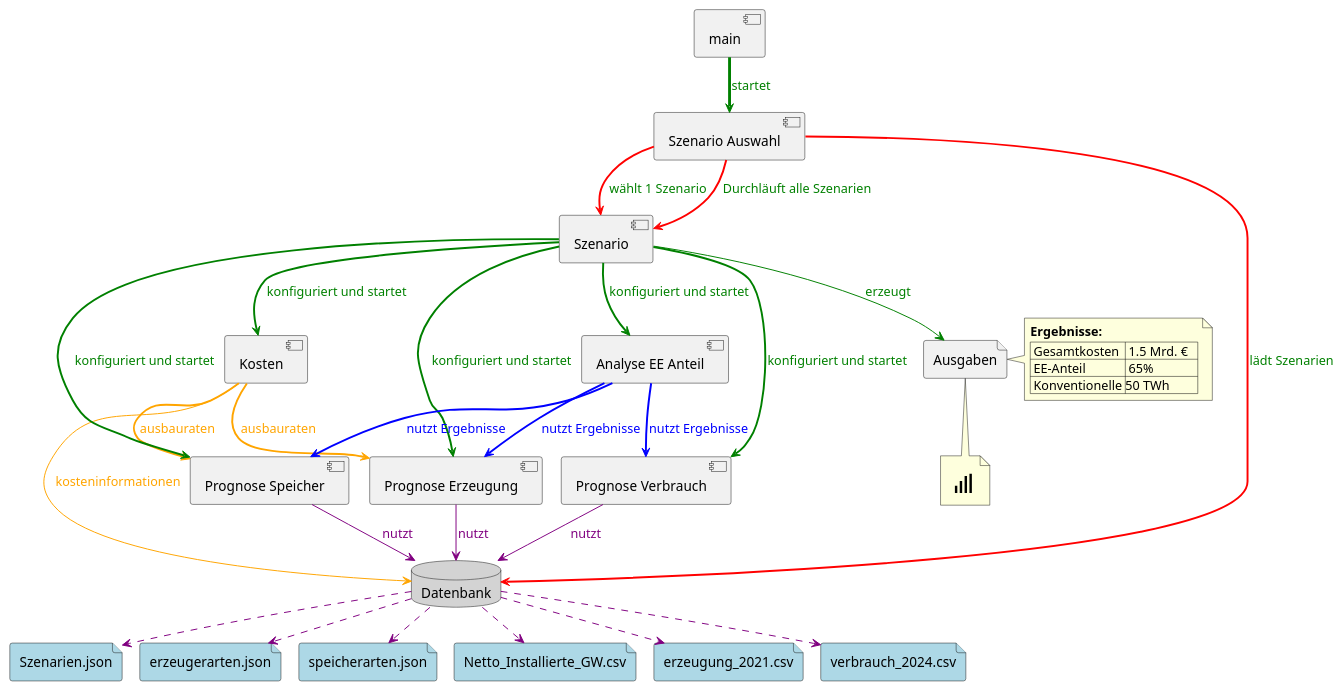
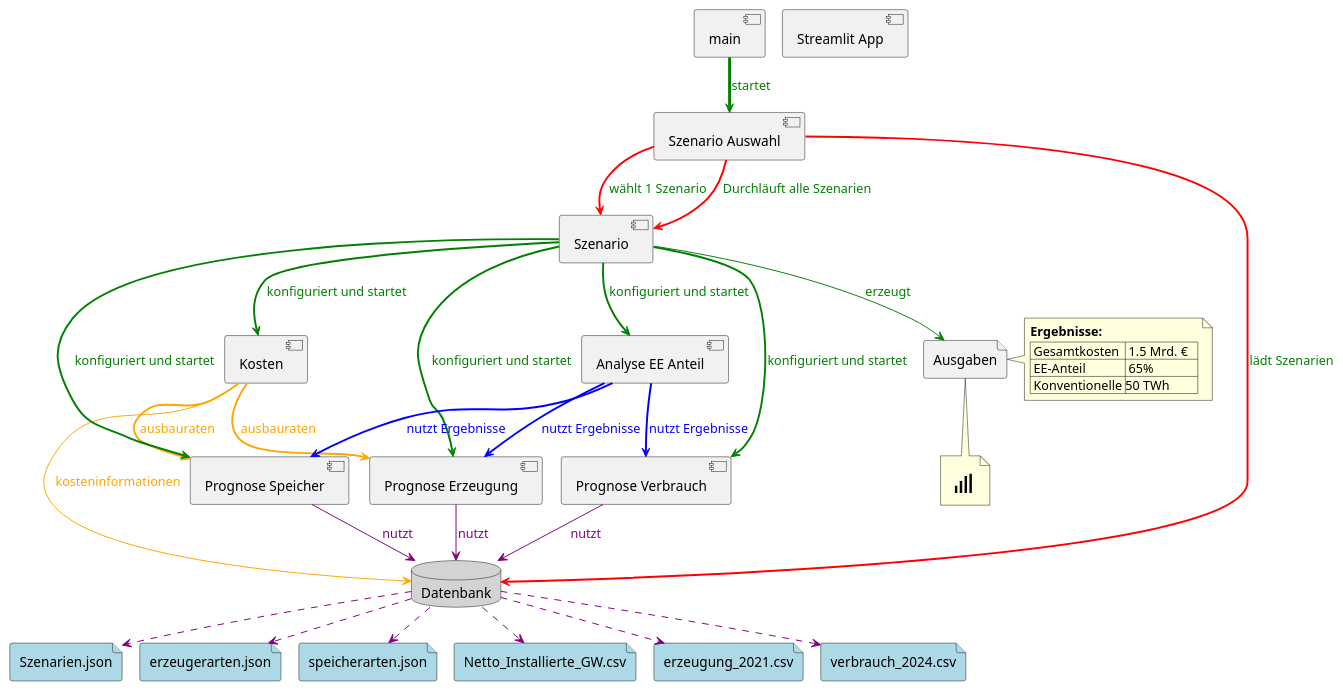
Before and after one commit to gitroi/IPJ1-Pottkieker: the diagram in Sonstiges/UML_Diagramme/chart.plantuml, drawn with PlantUML. The commit also changed 1 other file, not shown here.

Commit message:
So kosten hoffentlich fertig und Plant uml angepasst

```diff
--- a/Sonstiges/UML_Diagramme/chart.plantuml
+++ b/Sonstiges/UML_Diagramme/chart.plantuml
@@ -1,69 +1,70 @@
 @startuml Klassendiagramm_Pottkieker
 
 !pragma layout smetana
 skinparam ranksep 60
 skinparam nodesep 40
 
 database "Datenbank" as db #LightGray
 file "Szenarien.json" as szen #LightBlue
 file "erzeugerarten.json" as erzeugerarten #LightBlue
 file "speicherarten.json" as speicherarten #LightBlue
 file "Netto_Installierte_GW.csv" as installed #LightBlue
 file "erzeugung_2021.csv" as erzeugung #LightBlue
 file "verbrauch_2024.csv" as verbrauch #LightBlue
 
+component "Streamlit App" as app
 component "Prognose Erzeugung" as prognose_erzeugung
 component "Prognose Verbrauch" as prognose_verbrauch
 component "Prognose Speicher" as prognose_speicher 
 component "Szenario" as szenario
 
 component "Szenario Auswahl" as szenario_auswahl
 component "Kosten" as kosten
 component "Analyse EE Anteil" as analyse
 file "Ausgaben" as ausgaben
 component "main" as main
 
 main -[#Green,thickness=3]-> szenario_auswahl : <color:Green>startet</color>
 
 szenario_auswahl -[#Red,thickness=2]-> szenario : <color:Green>wählt 1 Szenario</color>
 szenario_auswahl -[#Red,thickness=2]-> szenario : <color:Green>Durchläuft alle Szenarien</color>
 
 kosten -[#Orange,thickness=2]-> prognose_erzeugung : <color:Orange>ausbauraten</color>
 kosten -[#Orange,thickness=2]-> prognose_speicher : <color:Orange>ausbauraten</color>
 kosten -[#Orange]-> db : <color:Orange>kosteninformationen</color>
 
 szenario_auswahl -[#Red,thickness=2]-> db : <color:Green>lädt Szenarien</color>
 szenario -[#Green,thickness=2]-> prognose_erzeugung : <color:Green>konfiguriert und startet</color>
 szenario -[#Green,thickness=2]-> prognose_verbrauch : <color:Green>konfiguriert und startet</color>
 szenario -[#Green,thickness=2]-> prognose_speicher : <color:Green>konfiguriert und startet</color>
 szenario -[#Green,thickness=2]-> kosten : <color:Green>konfiguriert und startet</color>
 szenario -[#Green,thickness=2]-> analyse : <color:Green>konfiguriert und startet</color>
 szenario -[#Green]-> ausgaben : <color:Green>erzeugt</color>
 note bottom of ausgaben
   <size:30> <&signal>
 end note
 
 note right of ausgaben
   **Ergebnisse:**
   | Gesamtkosten | 1.5 Mrd. €   |
   | EE-Anteil    | 65%          |
   | Konventionelle |50 TWh |
 end note
 
 analyse -[#Blue,thickness=2]-> prognose_erzeugung : <color:Blue>nutzt Ergebnisse</color>
 analyse -[#Blue,thickness=2]-> prognose_verbrauch : <color:Blue>nutzt Ergebnisse</color>
 analyse -[#Blue,thickness=2]-> prognose_speicher : <color:Blue>nutzt Ergebnisse</color>
 
 prognose_erzeugung -[#Purple]-> db : <color:Purple>nutzt</color>
 
 prognose_verbrauch -[#Purple]-> db : <color:Purple>nutzt</color>
 prognose_speicher -[#Purple]-> db : <color:Purple>nutzt</color>
 
 db -[#Purple,dashed]-> szen 
 db -[#Purple,dashed]-> erzeugerarten 
 db -[#Purple,dashed]-> speicherarten  
 db -[#Purple,dashed]-> installed    
 db -[#Purple,dashed]-> erzeugung  
 db -[#Purple,dashed]-> verbrauch 
 
 @enduml
```
